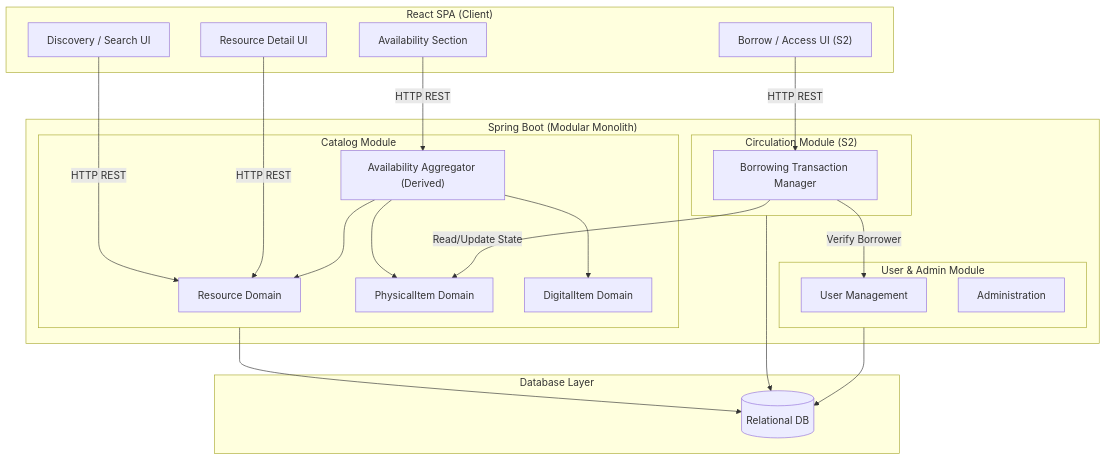
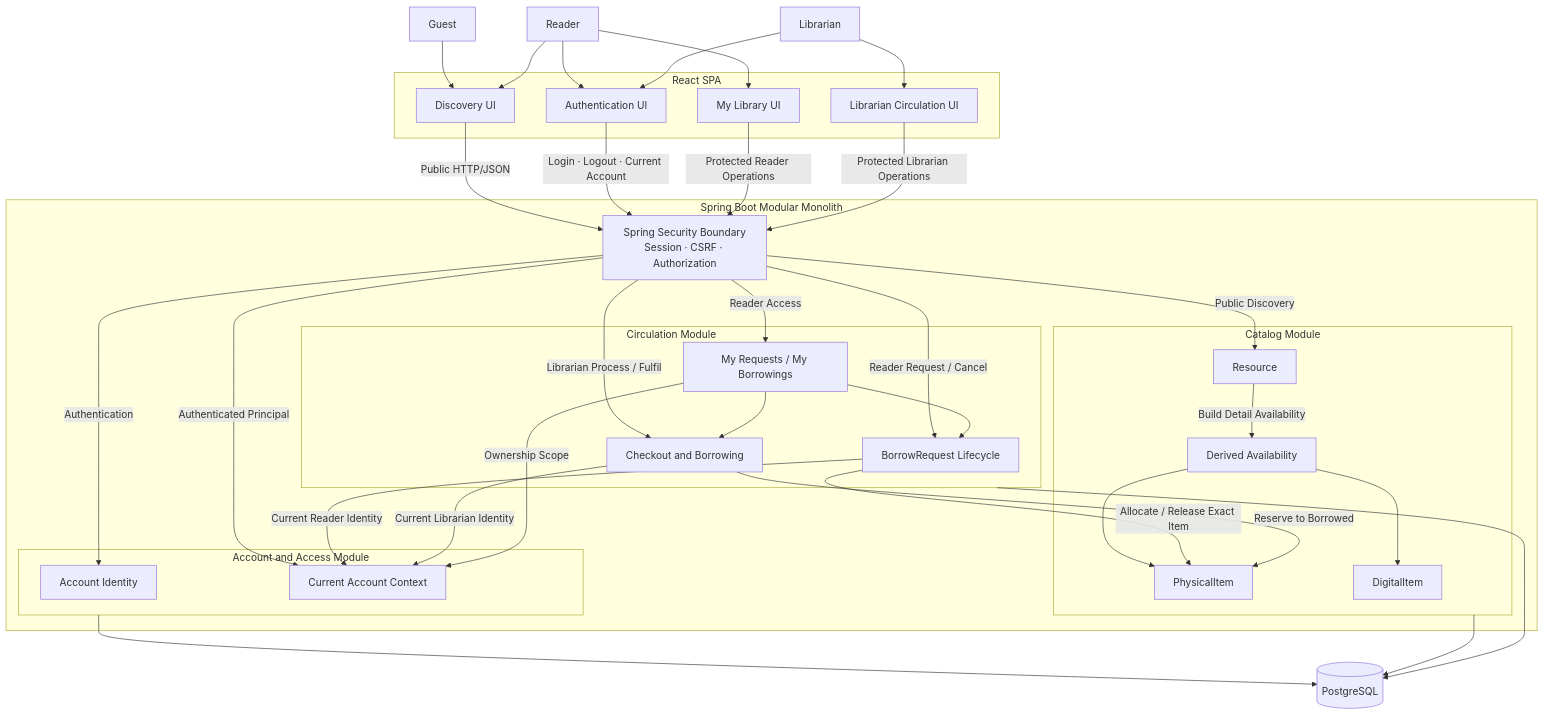
Before and after one commit to hoanglcnn-oss/Librio-Group7: the diagram in docs/hld/component-diagram.mmd, drawn with Mermaid. The commit also changed other lines of this file and 9 other files, not shown here.

```diff
--- a/docs/hld/component-diagram.mmd
+++ b/docs/hld/component-diagram.mmd
@@ -1,49 +1,71 @@
-graph TD
-    subgraph Frontend["React SPA (Client)"]
-        UI_Search["Discovery / Search UI"]
-        UI_Detail["Resource Detail UI"]
-        UI_Avail["Availability Section"]
-        UI_Borrow["Borrow / Access UI (S2)"]
+flowchart TB
+Guest["Guest"]
+Reader["Reader"]
+Librarian["Librarian"]
+
+subgraph Client["React SPA"]
+    DiscoveryUI["Discovery UI"]
+    AuthUI["Authentication UI"]
+    MyLibraryUI["My Library UI"]
+    LibrarianUI["Librarian Circulation UI"]
+end
+
+subgraph Backend["Spring Boot Modular Monolith"]
+    Security["Spring Security Boundary<br/>Session · CSRF · Authorization"]
+
+    subgraph AccountModule["Account and Access Module"]
+        Account["Account Identity"]
+        CurrentAccount["Current Account Context"]
     end
 
-    subgraph Backend["Spring Boot (Modular Monolith)"]
-        subgraph CatalogModule["Catalog Module"]
-            Mod_Resource["Resource Domain"]
-            Mod_Physical["PhysicalItem Domain"]
-            Mod_Digital["DigitalItem Domain"]
-            Mod_AvailAgg["Availability Aggregator (Derived)"]
-        end
-
-        subgraph CirculationModule["Circulation Module (S2)"]
-            Mod_Borrowing["Borrowing Transaction Manager"]
-        end
-
-        subgraph UserAdminModule["User & Admin Module"]
-            Mod_User["User Management"]
-            Mod_Admin["Administration"]
-        end
+    subgraph CatalogModule["Catalog Module"]
+        Resource["Resource"]
+        PhysicalItem["PhysicalItem"]
+        DigitalItem["DigitalItem"]
+        Availability["Derived Availability"]
     end
 
-    subgraph Storage["Database Layer"]
-        DB[(Relational DB)]
+    subgraph CirculationModule["Circulation Module"]
+        BorrowRequest["BorrowRequest Lifecycle"]
+        Checkout["Checkout and Borrowing"]
+        MyLibrary["My Requests / My Borrowings"]
     end
+end
 
-    %% Client to Backend Interaction
-    UI_Search -->|HTTP REST| Mod_Resource
-    UI_Detail -->|HTTP REST| Mod_Resource
-    UI_Avail -->|HTTP REST| Mod_AvailAgg
-    UI_Borrow -->|HTTP REST| Mod_Borrowing
+Database[("PostgreSQL")]
 
-    %% Catalog internal aggregation
-    Mod_AvailAgg --> Mod_Resource
-    Mod_AvailAgg --> Mod_Physical
-    Mod_AvailAgg --> Mod_Digital
+Guest --> DiscoveryUI
+Reader --> DiscoveryUI
+Reader --> AuthUI
+Reader --> MyLibraryUI
+Librarian --> AuthUI
+Librarian --> LibrarianUI
 
-    %% Cross Module Boundary
-    Mod_Borrowing -->|Read/Update State| Mod_Physical
-    Mod_Borrowing -->|Verify Borrower| Mod_User
+DiscoveryUI -->|"Public HTTP/JSON"| Security
+AuthUI -->|"Login · Logout · Current Account"| Security
+MyLibraryUI -->|"Protected Reader Operations"| Security
+LibrarianUI -->|"Protected Librarian Operations"| Security
 
-    %% Persistence
-    CatalogModule --> DB
-    CirculationModule --> DB
-    UserAdminModule --> DB
+Security -->|"Public Discovery"| Resource
+Security -->|"Authentication"| Account
+Security -->|"Authenticated Principal"| CurrentAccount
+Security -->|"Reader Access"| MyLibrary
+Security -->|"Reader Request / Cancel"| BorrowRequest
+Security -->|"Librarian Process / Fulfil"| Checkout
+
+Resource -->|"Build Detail Availability"| Availability
+Availability --> PhysicalItem
+Availability --> DigitalItem
+
+BorrowRequest -->|"Current Reader Identity"| CurrentAccount
+Checkout -->|"Current Librarian Identity"| CurrentAccount
+MyLibrary -->|"Ownership Scope"| CurrentAccount
+
+BorrowRequest -->|"Allocate / Release Exact Item"| PhysicalItem
+Checkout -->|"Reserve to Borrowed"| PhysicalItem
+MyLibrary --> BorrowRequest
+MyLibrary --> Checkout
+
+AccountModule --> Database
+CatalogModule --> Database
+CirculationModule --> Database
```
